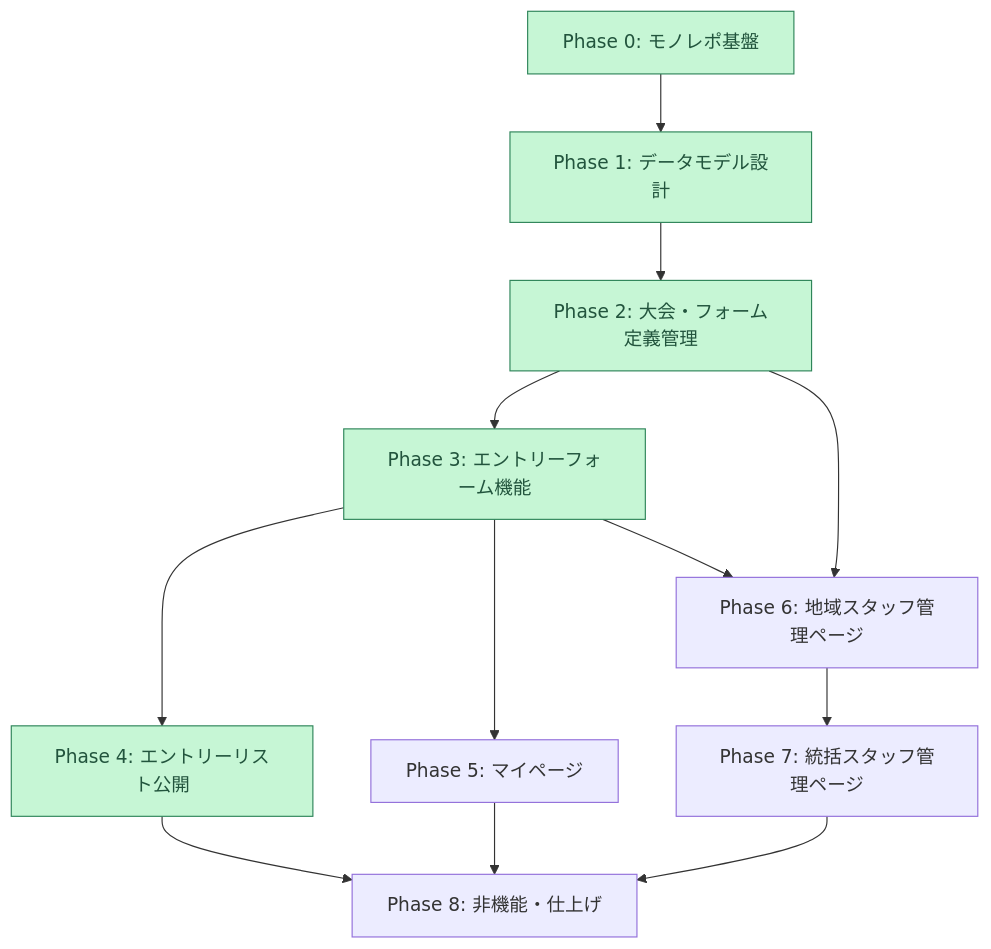
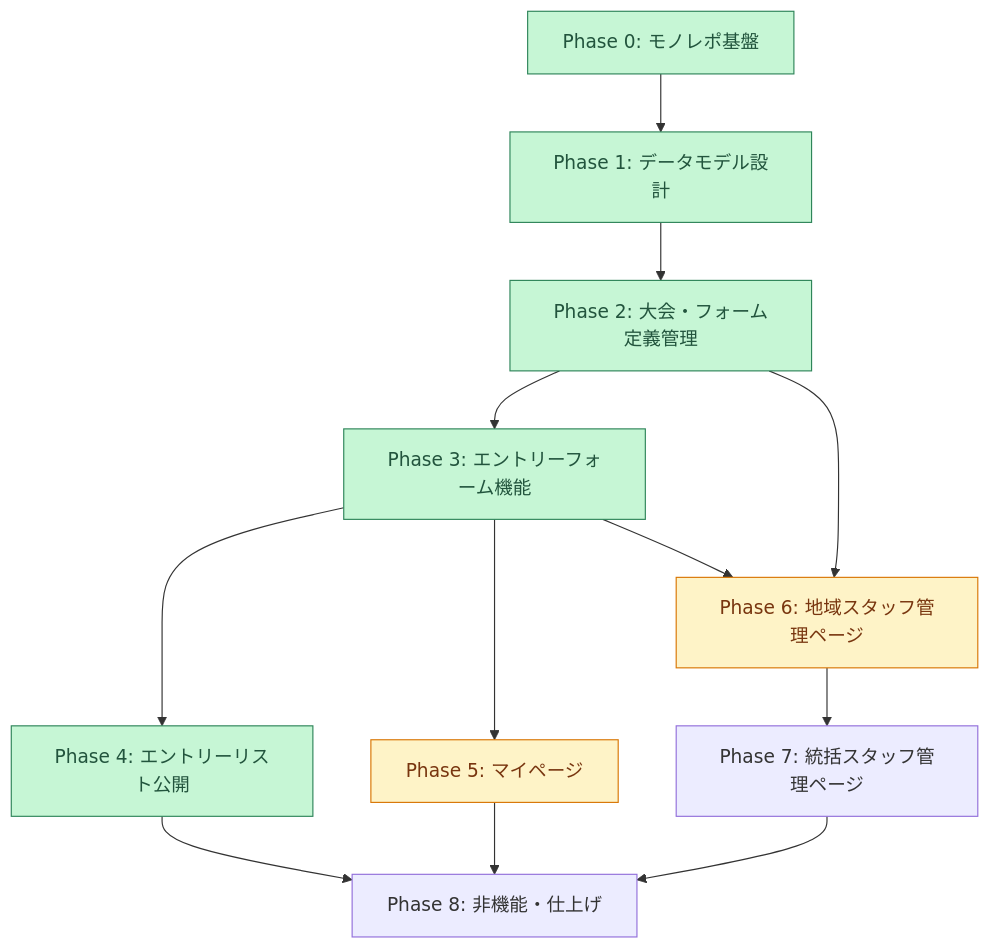
The first of 8 diagrams in tasks.md (m-uesaka/regional-quiz-entry-form), drawn with Mermaid before and after one commit. The commit also changed other lines of this file, not shown here.

````diff
--- a/tasks.md
+++ b/tasks.md
@@ -68,17 +68,17 @@
 ```mermaid
 graph TD
   P0["Phase 0: モノレポ基盤"]:::done --> P1["Phase 1: データモデル設計"]:::done
   P1 --> P2["Phase 2: 大会・フォーム定義管理"]:::done
   P2 --> P3["Phase 3: エントリーフォーム機能"]:::done
   P3 --> P4["Phase 4: エントリーリスト公開"]:::done
-  P3 --> P5["Phase 5: マイページ"]
-  P2 --> P6["Phase 6: 地域スタッフ管理ページ"]
+  P3 --> P5["Phase 5: マイページ"]:::wip
+  P2 --> P6["Phase 6: 地域スタッフ管理ページ"]:::wip
   P3 --> P6
   P6 --> P7["Phase 7: 統括スタッフ管理ページ"]
   P4 --> P8["Phase 8: 非機能・仕上げ"]
   P5 --> P8
   P7 --> P8
 
   classDef done fill:#c6f6d5,stroke:#2f855a,color:#22543d;
-  classDef next fill:#fef3c7,stroke:#d97706,color:#78350f;
+  classDef wip fill:#fef3c7,stroke:#d97706,color:#78350f;
 ```
````
